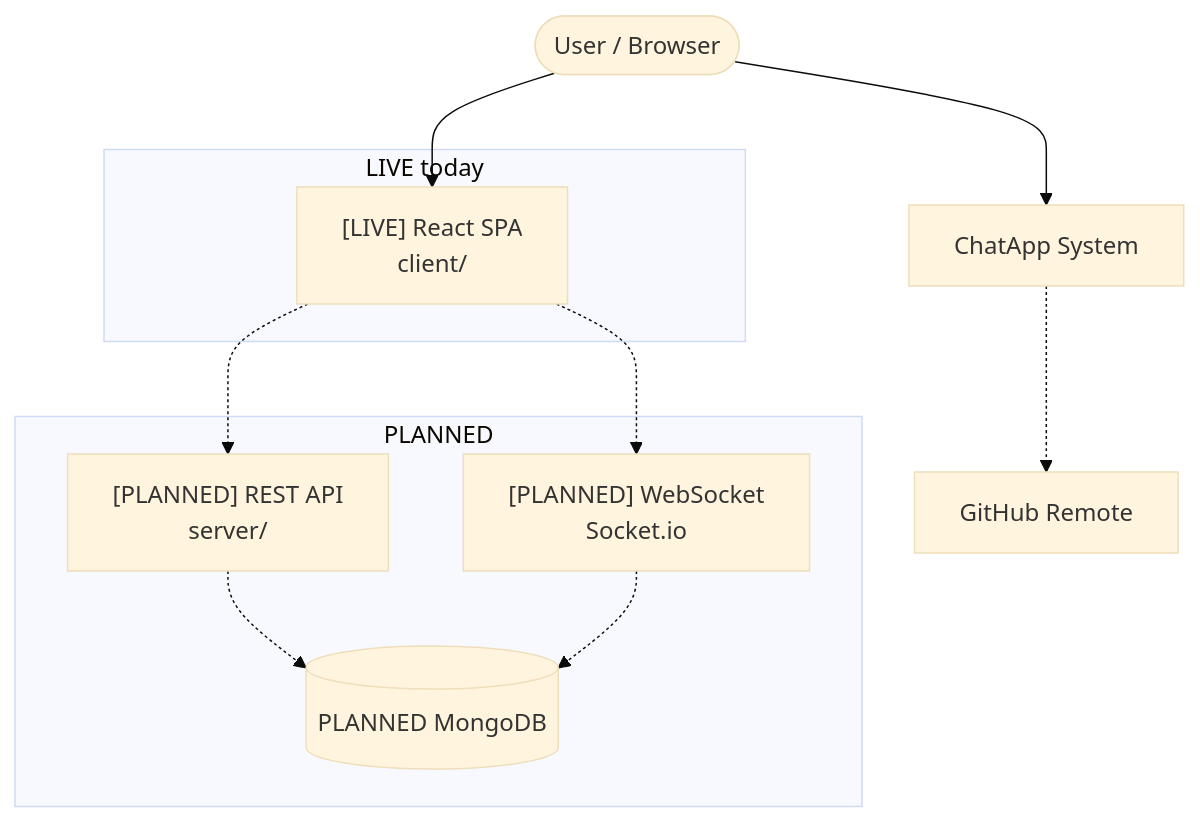
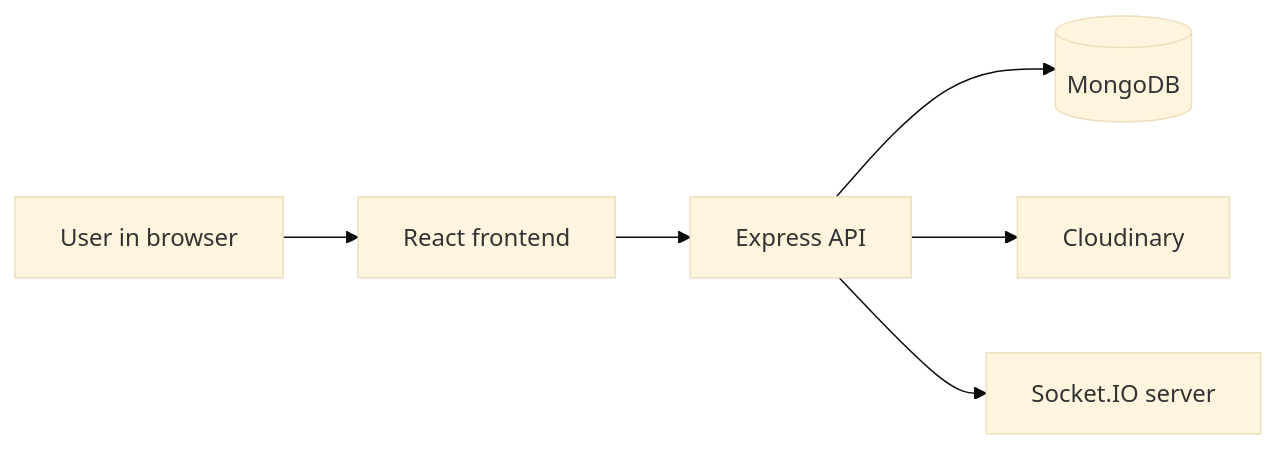
Before and after one commit to HxWildE/ChatApp: the first of 2 diagrams in docs/architecture/system-design.md, drawn with Mermaid (base theme). The commit also changed other lines of this file and 7 other files, not shown here.

````diff
--- a/docs/architecture/system-design.md
+++ b/docs/architecture/system-design.md
@@ -37,25 +18,8 @@
 ```mermaid
-flowchart TB
-    User([User / Browser])
-    ChatApp[ChatApp System]
-    GitHub[GitHub Remote]
-
-    User --> ChatApp
-    ChatApp -.-> GitHub
-
-    subgraph live [LIVE today]
-        SPA["[LIVE] React SPA\nclient/"]
-    end
-
-    subgraph planned [PLANNED]
-        API["[PLANNED] REST API\nserver/"]
-        WS["[PLANNED] WebSocket\nSocket.io"]
-        DB[(PLANNED MongoDB)]
-    end
-
-    User --> SPA
-    SPA -.-> API
-    SPA -.-> WS
-    API -.-> DB
-    WS -.-> DB
+flowchart LR
+    User[User in browser] --> Client[React frontend]
+    Client --> API[Express API]
+    API --> DB[(MongoDB)]
+    API --> Cloud[Cloudinary]
+    API --> Socket[Socket.IO server]
 ```
````
